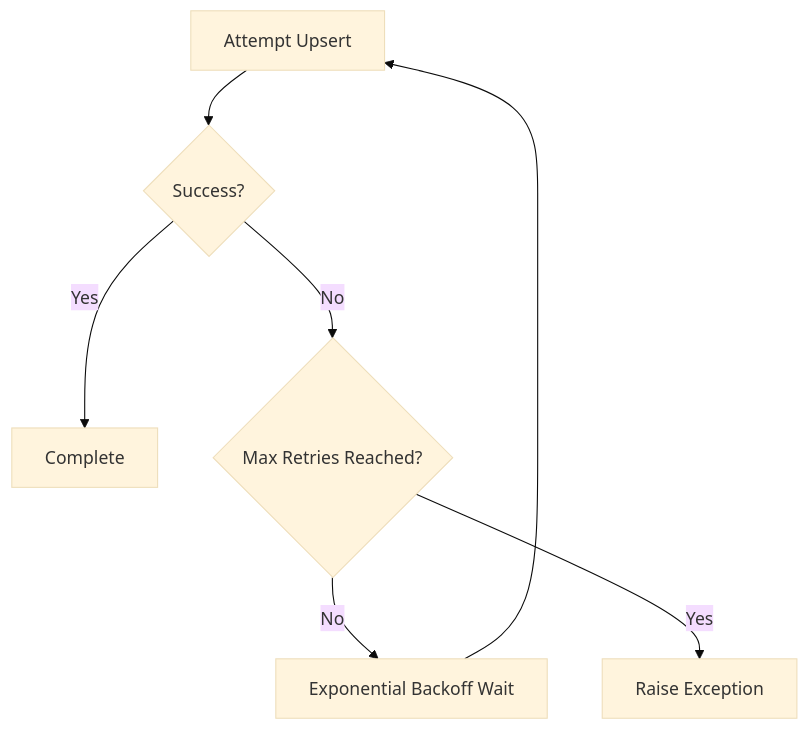
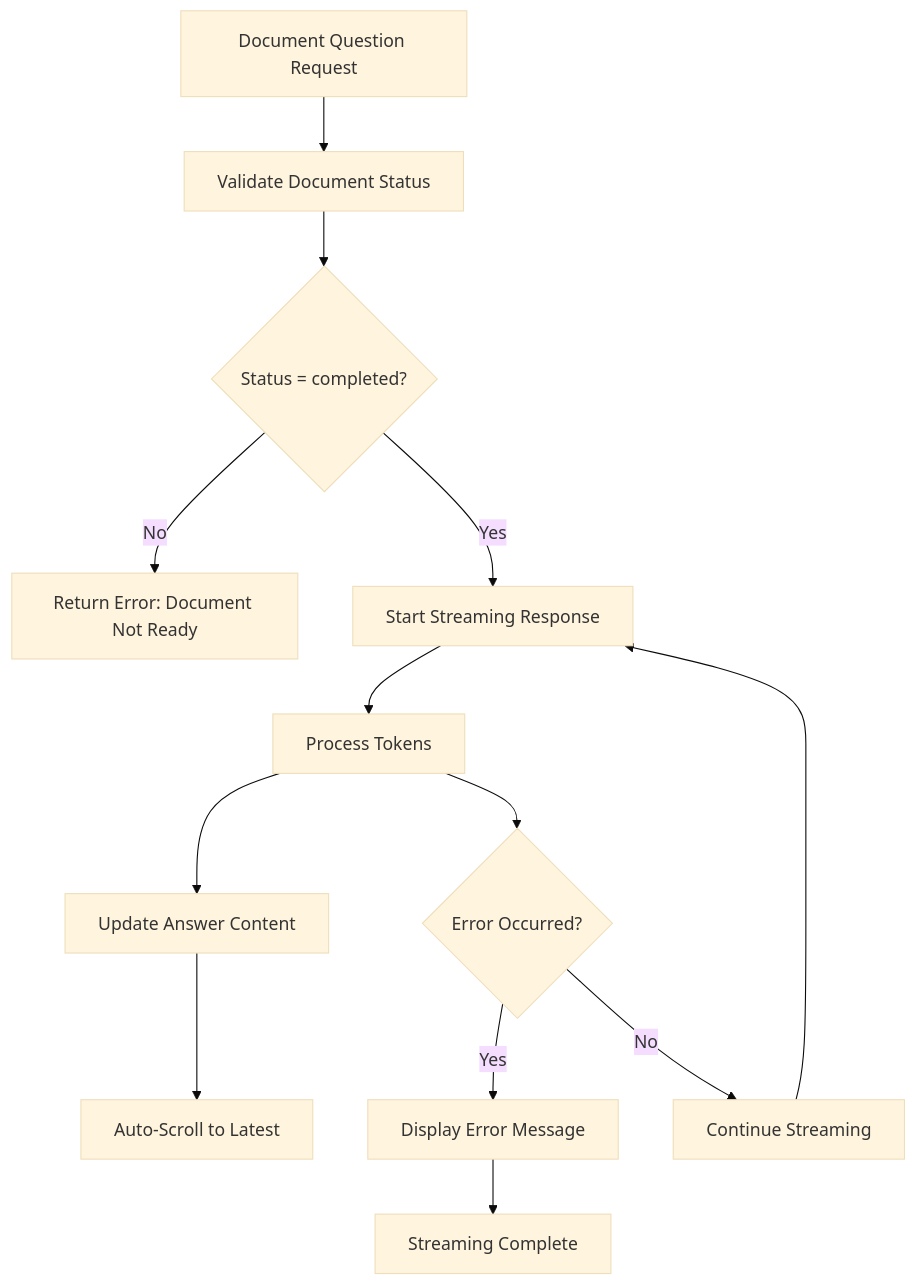
Before and after one commit to ognelis/cafetera_hr_bot: diagram 12 of 15 in .qoder/repowiki/en/content/Document Management System.md, drawn with Mermaid (base theme). The commit also changed other lines of this file and 6 other files, not shown here.

````diff
--- a/.qoder/repowiki/en/content/Document Management System.md
+++ b/.qoder/repowiki/en/content/Document Management System.md
@@ -360,9 +439,15 @@
 ```mermaid
 flowchart TD
-Attempt["Attempt Upsert"] --> Success{"Success?"}
-Success --> |Yes| Complete["Complete"]
-Success --> |No| CheckRetries{"Max Retries Reached?"}
-CheckRetries --> |No| Wait["Exponential Backoff Wait"]
-Wait --> Attempt
-CheckRetries --> |Yes| RaiseError["Raise Exception"]
+DocumentRequest["Document Question Request"] --> Validate["Validate Document Status"]
+Validate --> Ready{"Status = completed?"}
+Ready --> |No| Error["Return Error: Document Not Ready"]
+Ready --> |Yes| Stream["Start Streaming Response"]
+Stream --> Process["Process Tokens"]
+Process --> Update["Update Answer Content"]
+Update --> Scroll["Auto-Scroll to Latest"]
+Process --> ErrorCheck{"Error Occurred?"}
+ErrorCheck --> |Yes| ShowError["Display Error Message"]
+ErrorCheck --> |No| Continue["Continue Streaming"]
+ShowError --> Complete["Streaming Complete"]
+Continue --> Stream
 ```
````
